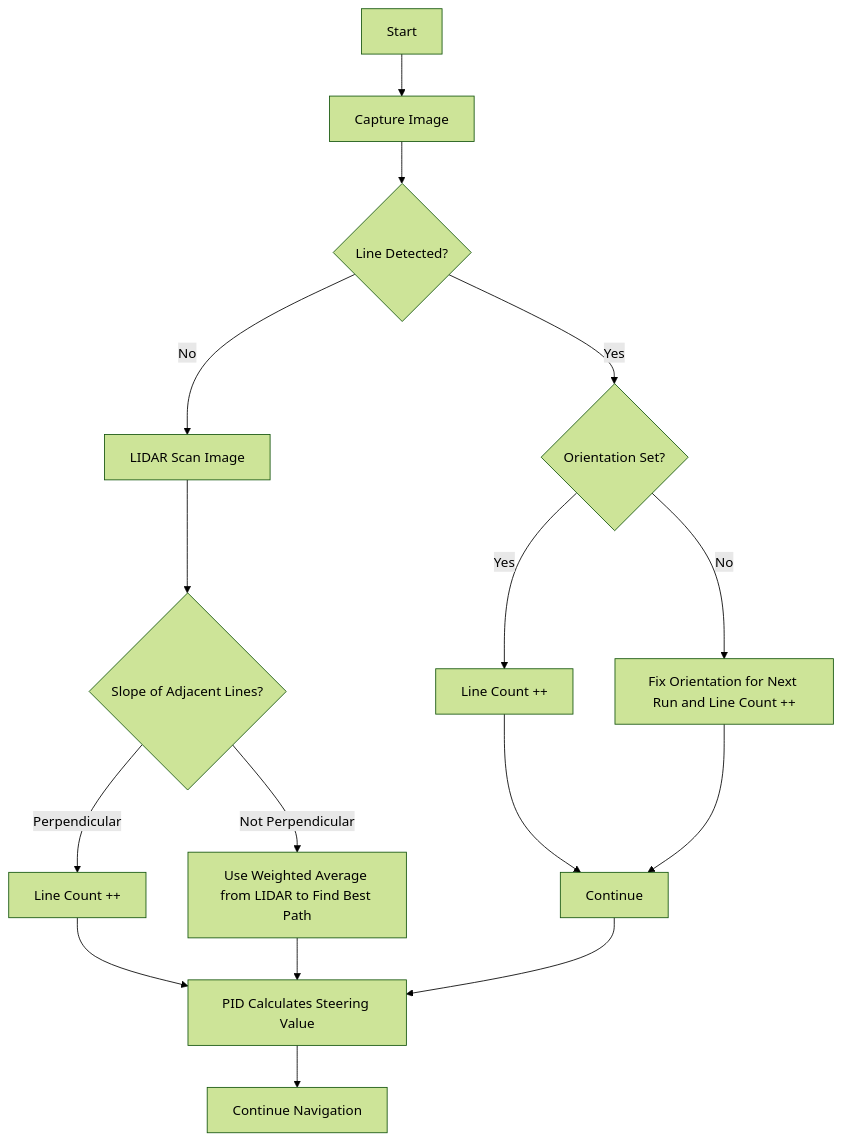
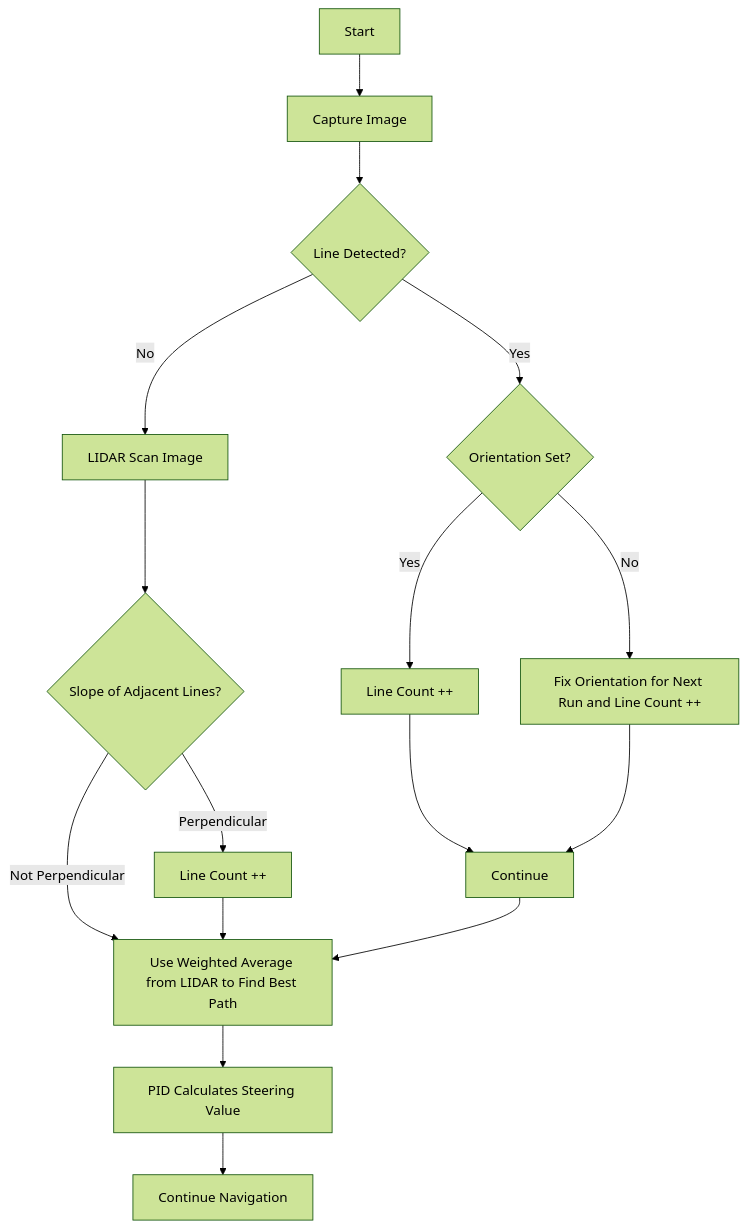
Before and after one commit to AnasBinAzim/Pladytron: the first of 2 diagrams in README.md, drawn with Mermaid (forest theme).

````diff
--- a/README.md
+++ b/README.md
@@ -629,21 +629,22 @@
 ```mermaid
 flowchart TD
     A[Start] --> B[Capture Image]
     B --> C{Line Detected?}
     
     C -->|Yes| D{Orientation Set?}
     D -->|Yes| E[Line Count ++]
     D -->|No| F[Fix Orientation for Next Run and Line Count ++]
     E --> G[Continue]
     F --> G[Continue]
     
     C -->|No| H[LIDAR Scan Image]
     H --> I{Slope of Adjacent Lines?}
     I -->|Perpendicular| J[Line Count ++]
     I -->|Not Perpendicular| K[Use Weighted Average from LIDAR to Find Best Path]
     
-    J --> L[PID Calculates Steering Value]
+    J --> K
+    G --> K
     K --> L[PID Calculates Steering Value]
-    G --> L
     L --> M[Continue Navigation]
+
 ```
````
